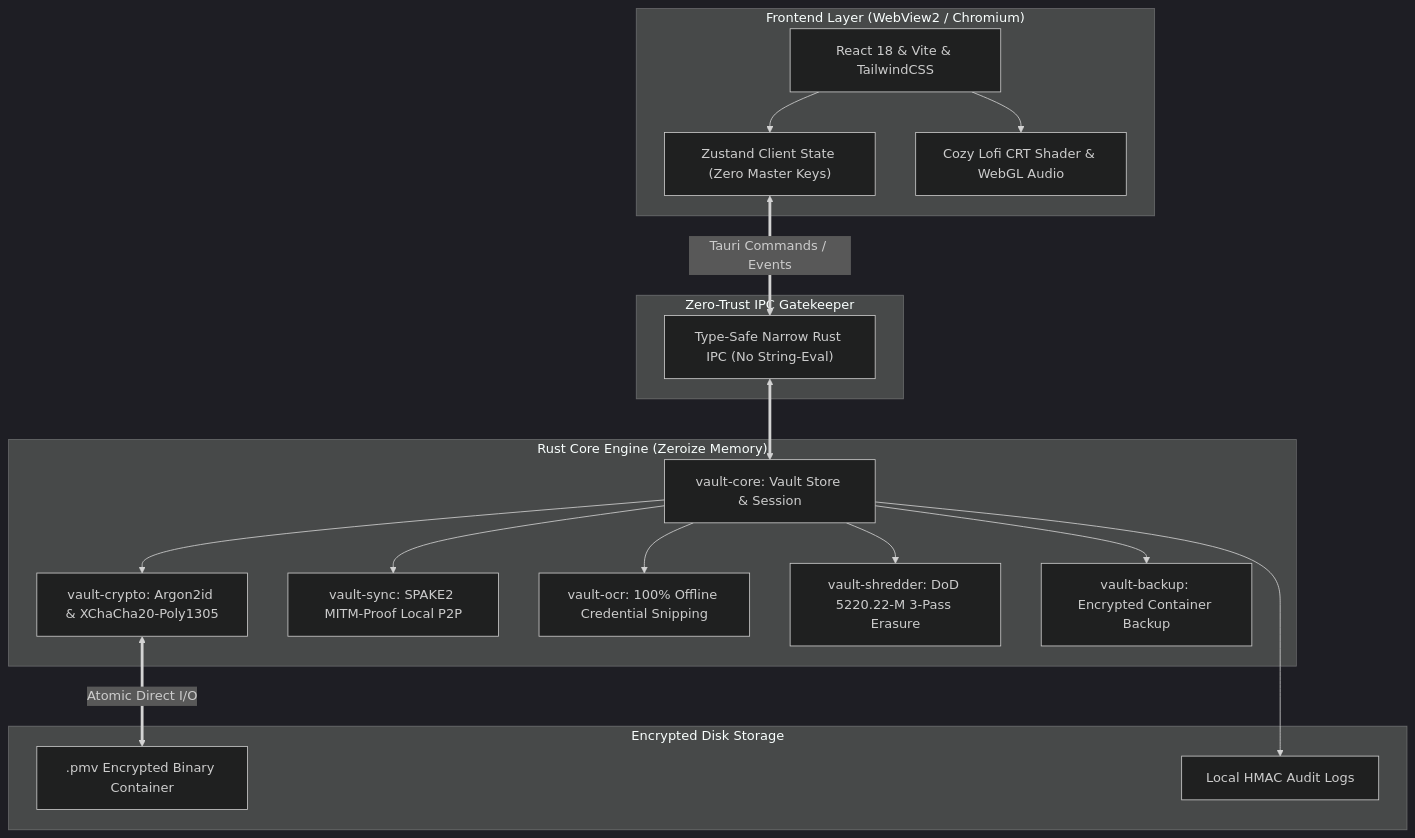
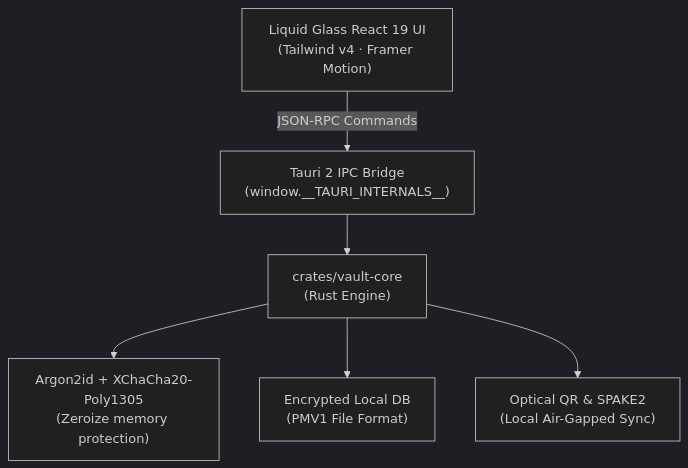
The diagram in README.md (tonmoycoder/VaultZero), drawn with Mermaid (dark theme) before and after one commit. The commit also changed other lines of this file and 96 other files, not shown here.

Commit message:
feat(v2.1.0): Apple Liquid Glass UI, dual OCR copy pad, official brand fetcher, and Windows Common Controls v6 fix

````diff
--- a/README.md
+++ b/README.md
@@ -85,39 +80,15 @@
 ```mermaid
-flowchart TD
-    subgraph Frontend["Frontend Layer (WebView2 / Chromium)"]
-        UI["React 18 & Vite & TailwindCSS"]
-        State["Zustand Client State (Zero Master Keys)"]
-        LofiShader["Cozy Lofi CRT Shader & WebGL Audio"]
-        UI --> State
-        UI --> LofiShader
-    end
+graph TD
+    UI["Liquid Glass React 19 UI\n(Tailwind v4 · Framer Motion)"]
+    IPC["Tauri 2 IPC Bridge\n(window.__TAURI_INTERNALS__)"]
+    Core["crates/vault-core\n(Rust Engine)"]
+    Crypto["Argon2id + XChaCha20-Poly1305\n(Zeroize memory protection)"]
+    Storage["Encrypted Local DB\n(PMV1 File Format)"]
+    P2P["Optical QR & SPAKE2\n(Local Air-Gapped Sync)"]
 
-    subgraph IPC["Zero-Trust IPC Gatekeeper"]
-        TauriBridge["Type-Safe Narrow Rust IPC (No String-Eval)"]
-    end
-
-    subgraph CoreRust["Rust Core Engine (Zeroize Memory)"]
-        VaultCore["vault-core: Vault Store & Session"]
-        CryptoCore["vault-crypto: Argon2id & XChaCha20-Poly1305"]
-        SyncEngine["vault-sync: SPAKE2 MITM-Proof Local P2P"]
-        OCREngine["vault-ocr: 100% Offline Credential Snipping"]
-        Shredder["vault-shredder: DoD 5220.22-M 3-Pass Erasure"]
-        BackupEngine["vault-backup: Encrypted Container Backup"]
-        
-        VaultCore --> CryptoCore
-        VaultCore --> SyncEngine
-        VaultCore --> OCREngine
-        VaultCore --> Shredder
-        VaultCore --> BackupEngine
-    end
-
-    subgraph Storage["Encrypted Disk Storage"]
-        EncPayload[".pmv Encrypted Binary Container"]
-        AuditLog["Local HMAC Audit Logs"]
-    end
-
-    State <==>|Tauri Commands / Events| TauriBridge
-    TauriBridge <==> VaultCore
-    CryptoCore <==>|Atomic Direct I/O| EncPayload
-    VaultCore --> AuditLog
+    UI -->|JSON-RPC Commands| IPC
+    IPC --> Core
+    Core --> Crypto
+    Core --> Storage
+    Core --> P2P
 ```
````
